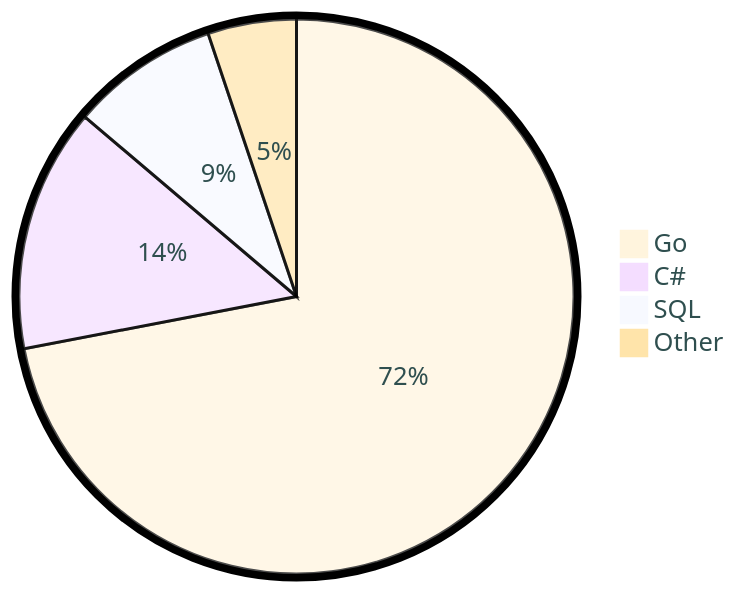
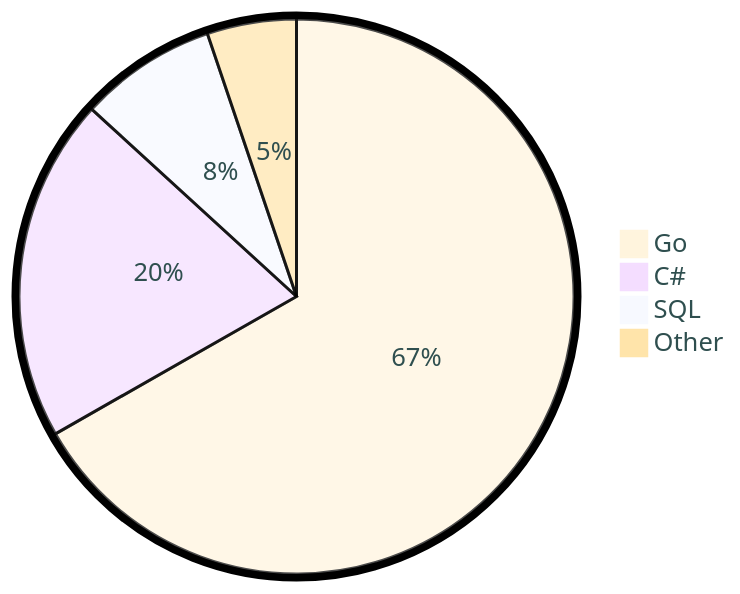
Before and after one commit to tot0p/tot0p: the diagram in README.md, drawn with Mermaid. The commit also changed other lines of this file, not shown here.

````diff
--- a/README.md
+++ b/README.md
@@ -79,8 +79,8 @@
 ```mermaid
 %%{init: {"pie": {"textPosition": 0.5}, "themeVariables": {"pieOuterStrokeWidth": "5px","primaryTextColor" : "#2F4F4F"},"theme":"base"} }%%
 pie
-	"Go": 71.98
-	"C#": 14.22
-	"SQL": 8.64
-	"Other": 5.159999999999999
+	"Go": 66.76
+	"C#": 20.03
+	"SQL": 8.01
+	"Other": 5.199999999999999
 ```
````
